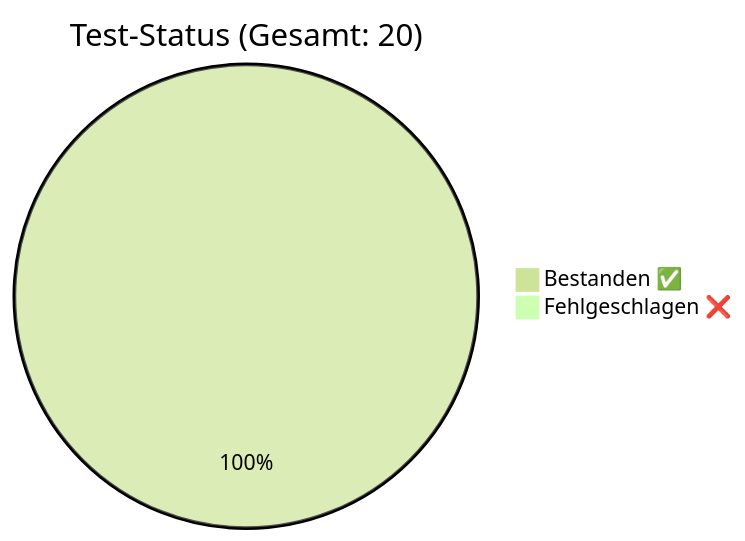
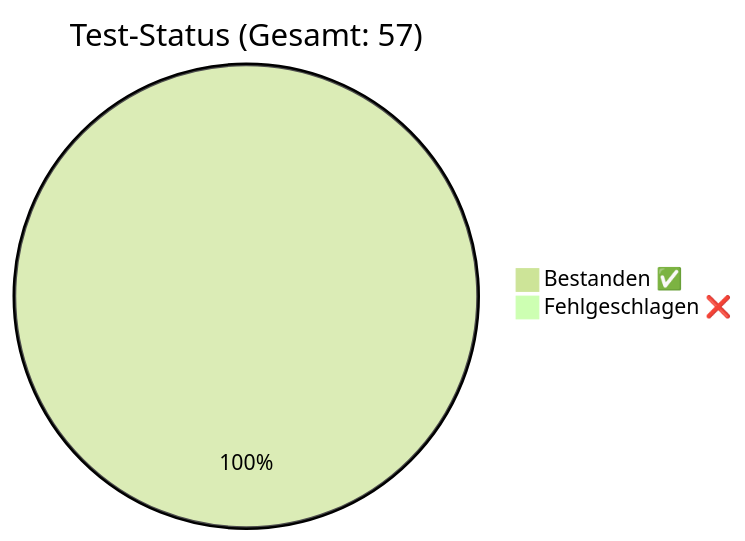
The diagram in docs/QA_Report.md (rorila/GCS), drawn with Mermaid (forest theme) before and after one commit. The commit also changed other lines of this file and 21 other files, not shown here.

Commit message:
P0: Dead Code entfernt (TaskEditor, ActionEditor, FlowDiagramGenerator) und Migration auf kontextbasierte Flow-Navigation

````diff
--- a/docs/QA_Report.md
+++ b/docs/QA_Report.md
@@ -7,5 +7,5 @@
 ```mermaid
-pie title Test-Status (Gesamt: 20)
-    "Bestanden ✅" : 20
+pie title Test-Status (Gesamt: 57)
+    "Bestanden ✅" : 57
     "Fehlgeschlagen ❌" : 0
 ```
````
